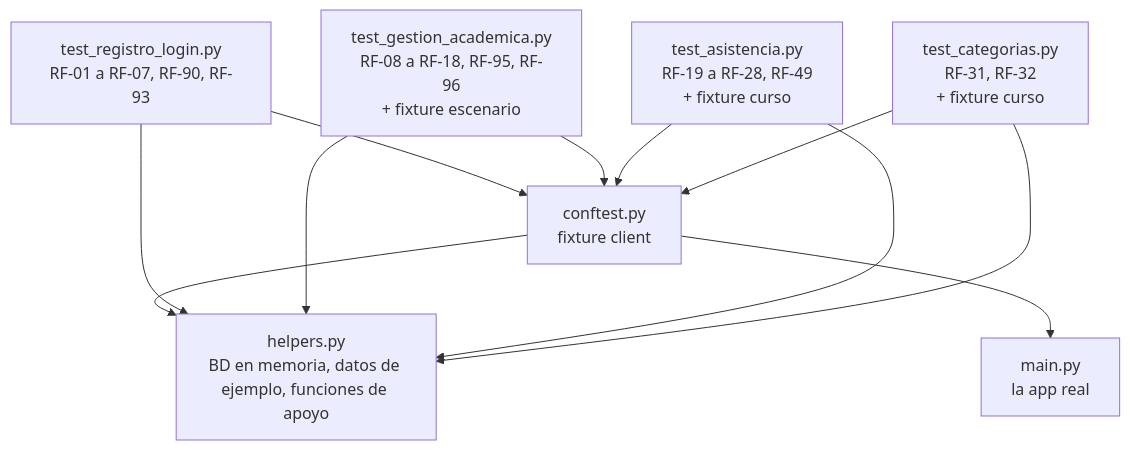
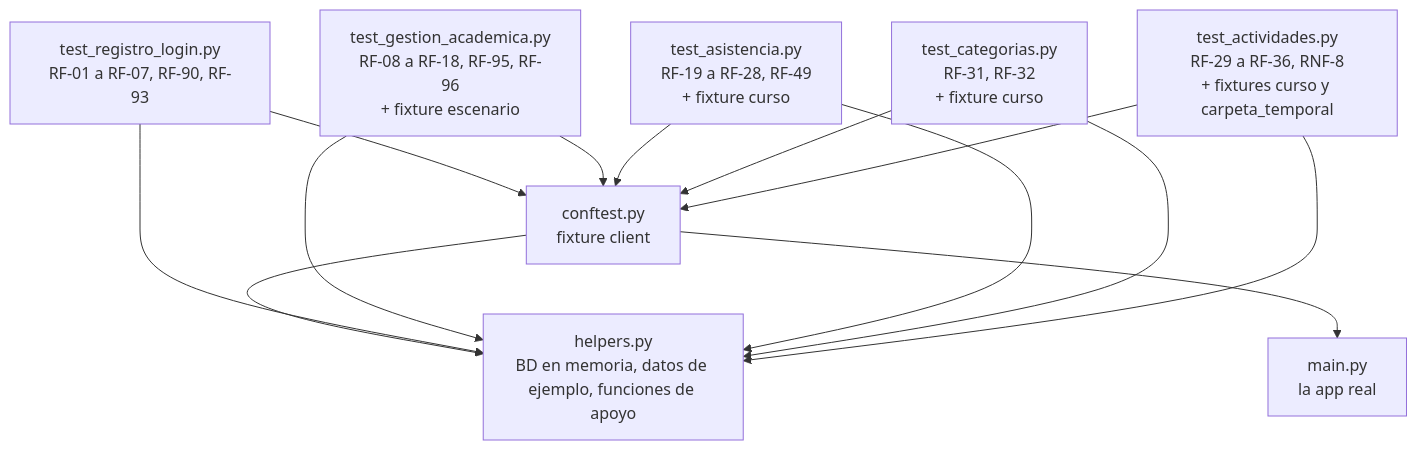
Before and after one commit to Huitrado/SEPA: the diagram in docs/backend/07-pruebas.md, drawn with Mermaid. The commit also changed other lines of this file and 15 other files, not shown here.

First line of the commit message:
Agrega actividades del curso y archivos adjuntos (RF-29 a RF-36, RNF-8)

````diff
--- a/docs/backend/07-pruebas.md
+++ b/docs/backend/07-pruebas.md
@@ -50,13 +50,15 @@
 ```mermaid
 flowchart TD
     C["conftest.py<br/>fixture client"] --> H["helpers.py<br/>BD en memoria, datos de ejemplo, funciones de apoyo"]
     C --> M["main.py<br/>la app real"]
     T1["test_registro_login.py<br/>RF-01 a RF-07, RF-90, RF-93"] --> C
     T1 --> H
     T2["test_gestion_academica.py<br/>RF-08 a RF-18, RF-95, RF-96<br/>+ fixture escenario"] --> C
     T2 --> H
     T3["test_asistencia.py<br/>RF-19 a RF-28, RF-49<br/>+ fixture curso"] --> C
     T3 --> H
     T4["test_categorias.py<br/>RF-31, RF-32<br/>+ fixture curso"] --> C
     T4 --> H
+    T5["test_actividades.py<br/>RF-29 a RF-36, RNF-8<br/>+ fixtures curso y carpeta_temporal"] --> C
+    T5 --> H
 ```
````
